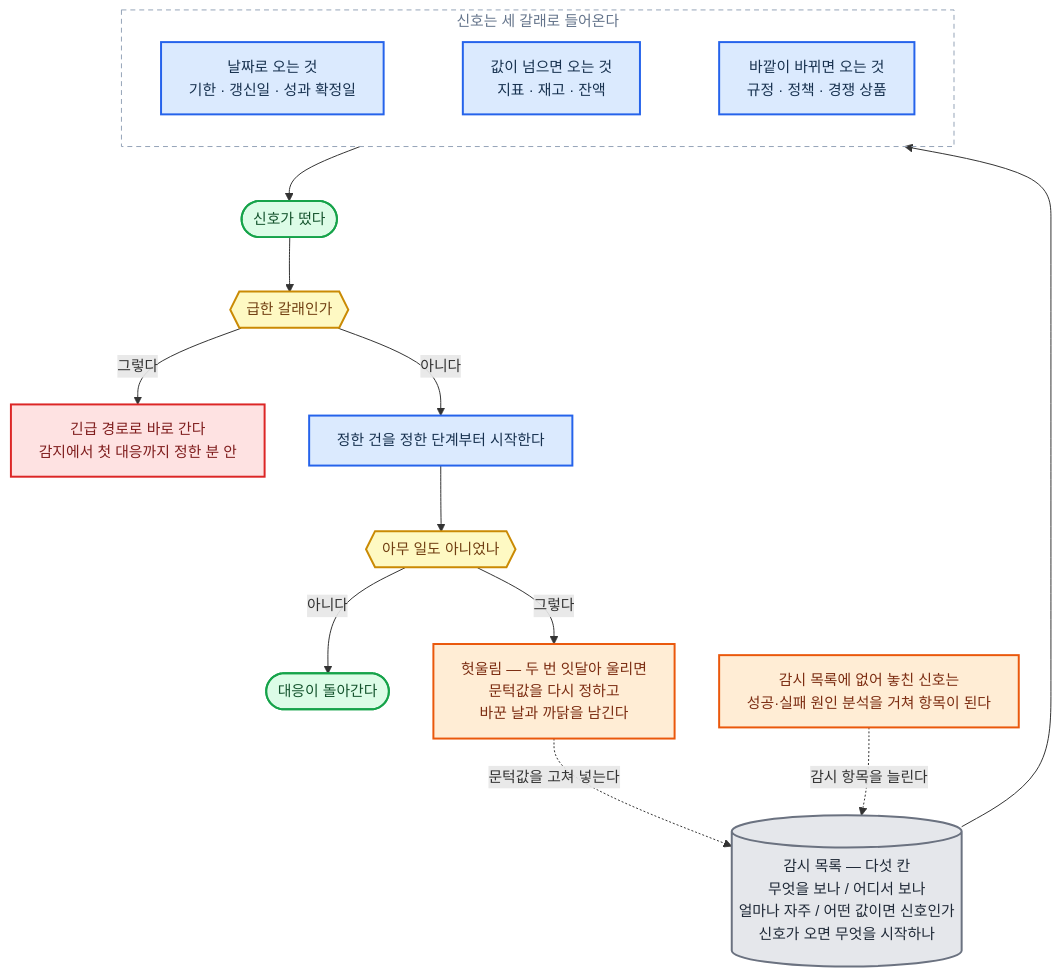
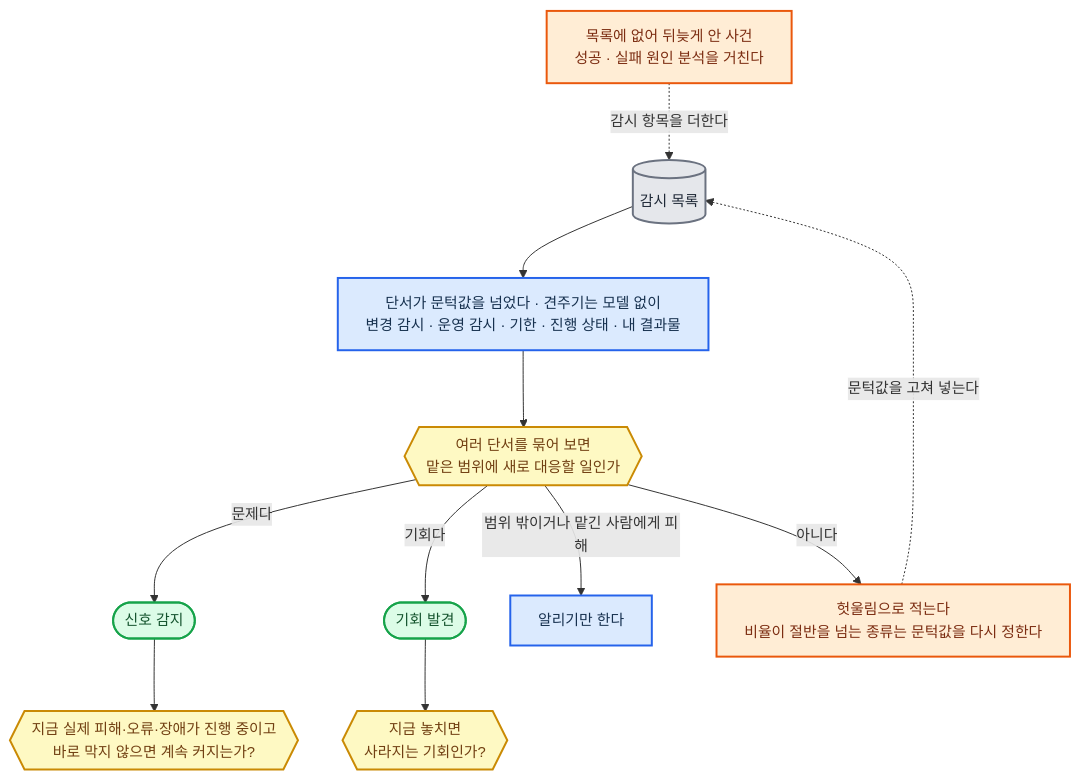
Before and after one commit to harisbaguette/expert: diagram 11 of 14 in 전문가 에이전트 정의 2.md, drawn with Mermaid. The commit also changed other lines of this file and 2 other files, not shown here.

````diff
--- a/전문가 에이전트 정의 2.md
+++ b/전문가 에이전트 정의 2.md
@@ -1562,35 +1623,16 @@
 ```mermaid
 %%{init: {"flowchart": {"wrappingWidth": 640, "curve": "basis", "nodeSpacing": 45, "rankSpacing": 55, "padding": 14, "useMaxWidth": true}, "themeVariables": {"fontSize": "15px"}} }%%
 flowchart TB
-    W[("감시 목록 — 다섯 칸<br/>무엇을 보나 / 어디서 보나<br/>얼마나 자주 / 어떤 값이면 신호인가<br/>신호가 오면 무엇을 시작하나")]:::store
-    subgraph KIND["신호는 세 갈래로 들어온다"]
-        direction LR
-        K1["날짜로 오는 것<br/>기한 · 갱신일 · 성과 확정일"]:::main
-        K2["값이 넘으면 오는 것<br/>지표 · 재고 · 잔액"]:::main
-        K3["바깥이 바뀌면 오는 것<br/>규정 · 정책 · 경쟁 상품"]:::main
-        K1 ~~~ K2 ~~~ K3
-    end
-    SIG(["신호가 떴다"]):::good
-    U{{"급한 갈래인가"}}:::note
-    FAST["긴급 경로로 바로 간다<br/>감지에서 첫 대응까지 정한 분 안"]:::stop
-    NORM["정한 건을 정한 단계부터 시작한다"]:::main
-    CHK{{"아무 일도 아니었나"}}:::note
-    GO(["대응이 돌아간다"]):::good
-    FALSE["헛울림 — 두 번 잇달아 울리면<br/>문턱값을 다시 정하고<br/>바꾼 날과 까닭을 남긴다"]:::back
-    MISS["감시 목록에 없어 놓친 신호는<br/>성공·실패 원인 분석을 거쳐 항목이 된다"]:::back
-    W --> KIND
-    KIND --> SIG --> U
-    U -- "그렇다" --> FAST
-    U -- "아니다" --> NORM --> CHK
-    CHK -- "그렇다" --> FALSE
-    CHK -- "아니다" --> GO
+    W[("감시 목록")]:::store --> CUE["단서가 문턱값을 넘었다 · 견주기는 모델 없이<br/>변경 감시 · 운영 감시 · 기한 · 진행 상태 · 내 결과물"]:::main --> Q{{"여러 단서를 묶어 보면<br/>맡은 범위에 새로 대응할 일인가"}}:::note
+    Q -- "문제다" --> SIGNAL(["신호 감지"]):::good --> HARM{{"지금 실제 피해·오류·장애가 진행 중이고<br/>바로 막지 않으면 계속 커지는가?"}}:::note
+    Q -- "기회다" --> CHANCE(["기회 발견"]):::good --> OPPORTUNITY{{"지금 놓치면<br/>사라지는 기회인가?"}}:::note
+    Q -- "범위 밖이거나 맡긴 사람에게 피해" --> TELL["알리기만 한다"]:::main
+    Q -- "아니다" --> FALSE["헛울림으로 적는다<br/>비율이 절반을 넘는 종류는 문턱값을 다시 정한다"]:::back
     FALSE -. "문턱값을 고쳐 넣는다" .-> W
-    MISS -. "감시 항목을 늘린다" .-> W
+    MISS["목록에 없어 뒤늦게 안 사건<br/>성공 · 실패 원인 분석을 거친다"]:::back -. "감시 항목을 더한다" .-> W
     classDef main fill:#dbeafe,stroke:#2563eb,stroke-width:2px,color:#17314f
-    classDef stop fill:#fee2e2,stroke:#dc2626,stroke-width:2px,color:#7f1d1d
     classDef back fill:#ffedd5,stroke:#ea580c,stroke-width:2px,color:#7c2d12
     classDef store fill:#e5e7eb,stroke:#6b7280,stroke-width:2px,color:#1f2937
     classDef good fill:#dcfce7,stroke:#16a34a,stroke-width:2px,color:#14532d
     classDef note fill:#fef9c3,stroke:#ca8a04,stroke-width:2px,color:#713f12
-    style KIND fill:none,stroke:#94a3b8,stroke-width:1px,stroke-dasharray:5 4,color:#64748b
 ```
````
